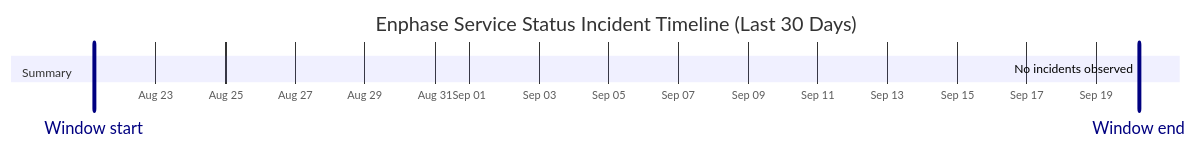
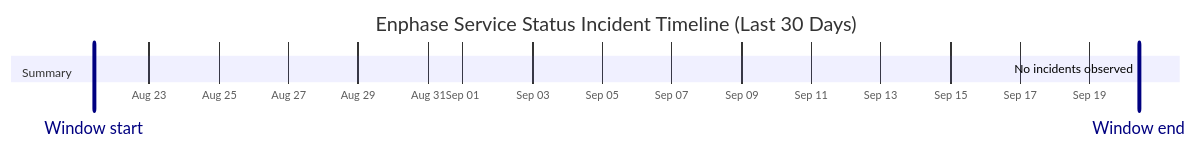
One commit to barneyonline/ha-enphase-energy changed the diagram in wiki/Service-Status-History.md. Above: the diagram before and after it, drawn with Mermaid. The commit also changed other lines of this file and 3 other files, not shown here.

````diff
--- a/wiki/Service-Status-History.md
+++ b/wiki/Service-Status-History.md
@@ -14,10 +14,10 @@
 ```mermaid
 gantt
     title Enphase Service Status Incident Timeline (Last 30 Days)
     dateFormat  YYYY-MM-DDTHH:mm:ss
     axisFormat  %b %d
-    Window start :vert, window-start, 2026-08-21T05:11:22, 0ms
-    Window end :vert, window-end, 2026-09-20T05:11:22, 0ms
+    Window start :vert, window-start, 2026-08-21T09:57:35, 0ms
+    Window end :vert, window-end, 2026-09-20T09:57:35, 0ms
     section Summary
-    No incidents observed :done, 2026-09-20T05:11:22, 1m
+    No incidents observed :done, 2026-09-20T09:57:35, 1m
 ```
````
